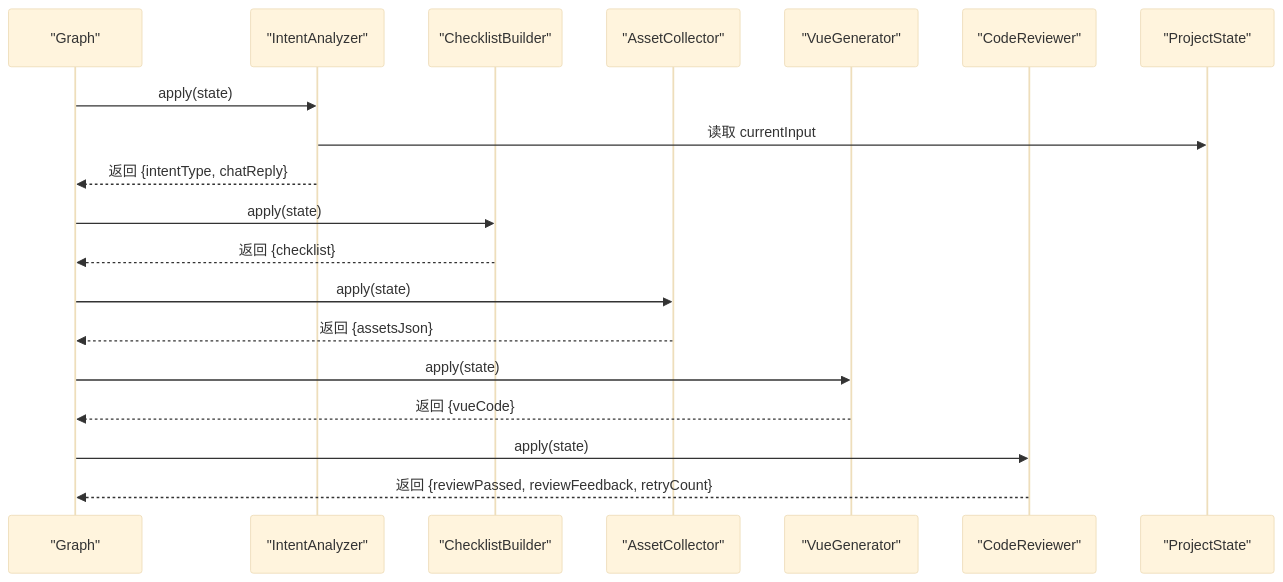
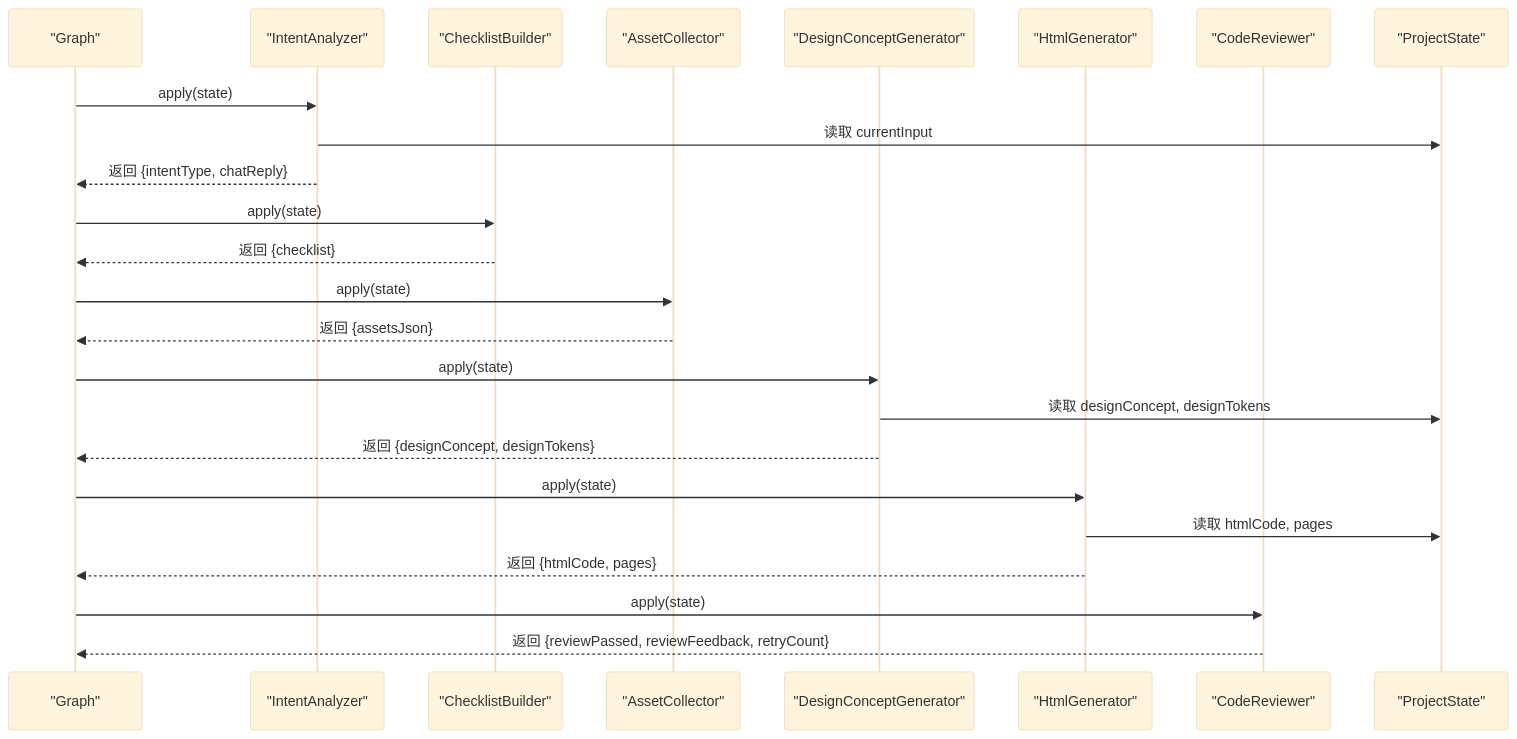
The fifth of 7 diagrams in .qoder/repowiki/zh/content/AI工作流系统/工作流引擎核心/项目状态管理.md (CyanYuKi/WebSiteFrontendCodeMother), drawn with Mermaid (base theme) before and after one commit. The commit also changed other lines of this file and 12 other files, not shown here.

````diff
--- a/.qoder/repowiki/zh/content/AI工作流系统/工作流引擎核心/项目状态管理.md
+++ b/.qoder/repowiki/zh/content/AI工作流系统/工作流引擎核心/项目状态管理.md
@@ -312,21 +356,26 @@
 ```mermaid
 sequenceDiagram
 participant G as "Graph"
 participant N1 as "IntentAnalyzer"
 participant N2 as "ChecklistBuilder"
 participant N3 as "AssetCollector"
-participant N4 as "VueGenerator"
-participant N5 as "CodeReviewer"
+participant N4 as "DesignConceptGenerator"
+participant N5 as "HtmlGenerator"
+participant N6 as "CodeReviewer"
 participant PS as "ProjectState"
 G->>N1 : apply(state)
 N1->>PS : 读取 currentInput
 N1-->>G : 返回 {intentType, chatReply}
 G->>N2 : apply(state)
 N2-->>G : 返回 {checklist}
 G->>N3 : apply(state)
 N3-->>G : 返回 {assetsJson}
 G->>N4 : apply(state)
-N4-->>G : 返回 {vueCode}
+N4->>PS : 读取 designConcept, designTokens
+N4-->>G : 返回 {designConcept, designTokens}
 G->>N5 : apply(state)
-N5-->>G : 返回 {reviewPassed, reviewFeedback, retryCount}
+N5->>PS : 读取 htmlCode, pages
+N5-->>G : 返回 {htmlCode, pages}
+G->>N6 : apply(state)
+N6-->>G : 返回 {reviewPassed, reviewFeedback, retryCount}
 ```
````
